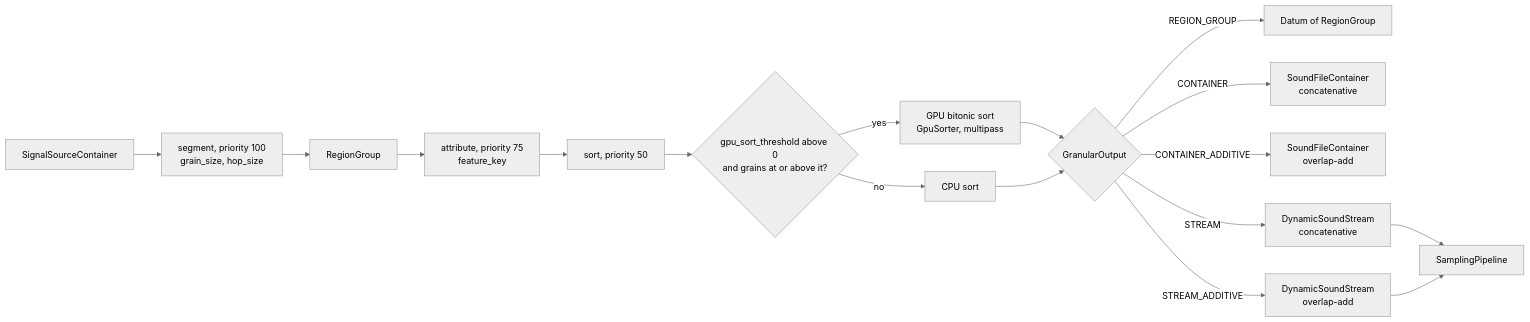
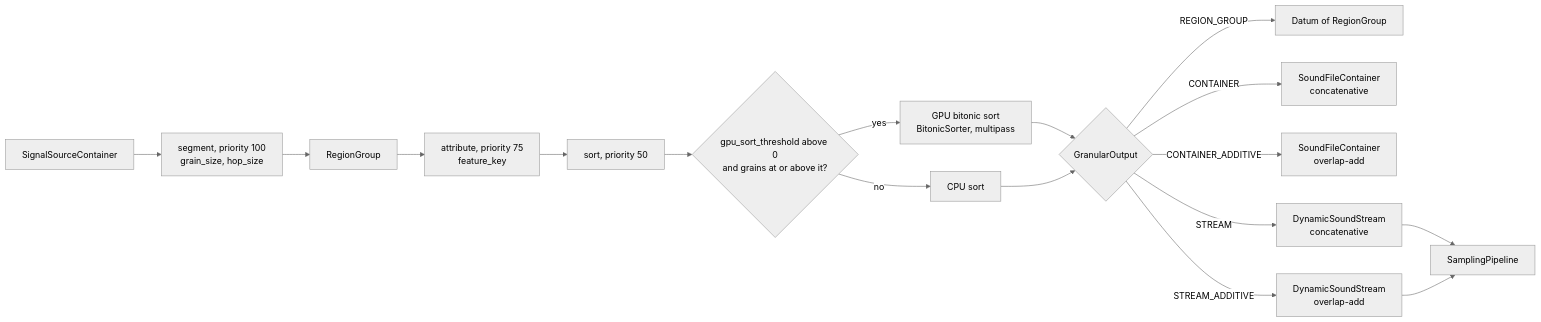
Before and after one commit to MayaFlux/MayaFlux: diagram 12 of 15 in docs/GPGPU-Guide.md, drawn with Mermaid (neutral theme). The commit also changed other lines of this file and 5 other files, not shown here.

First line of the commit message:
refactor(yantra): make BitonicSorter the GPU sort and remove GpuSorter

````diff
--- a/docs/GPGPU-Guide.md
+++ b/docs/GPGPU-Guide.md
@@ -787,19 +787,19 @@
 ```mermaid
 flowchart LR
     SRC["SignalSourceContainer"] --> SEG["segment, priority 100<br/>grain_size, hop_size"]
     SEG --> RG["RegionGroup"]
     RG --> ATT["attribute, priority 75<br/>feature_key"]
     ATT --> SORT["sort, priority 50"]
     SORT --> T{"gpu_sort_threshold above 0<br/>and grains at or above it?"}
-    T -- yes --> GS["GPU bitonic sort<br/>GpuSorter, multipass"]
+    T -- yes --> GS["GPU bitonic sort<br/>BitonicSorter, multipass"]
     T -- no --> CS["CPU sort"]
     GS --> OUT{"GranularOutput"}
     CS --> OUT
     OUT -- "REGION_GROUP" --> O1["Datum of RegionGroup"]
     OUT -- "CONTAINER" --> O2["SoundFileContainer<br/>concatenative"]
     OUT -- "CONTAINER_ADDITIVE" --> O3["SoundFileContainer<br/>overlap-add"]
     OUT -- "STREAM" --> O4["DynamicSoundStream<br/>concatenative"]
     OUT -- "STREAM_ADDITIVE" --> O5["DynamicSoundStream<br/>overlap-add"]
     O4 --> SP["SamplingPipeline"]
     O5 --> SP
 ```
````
